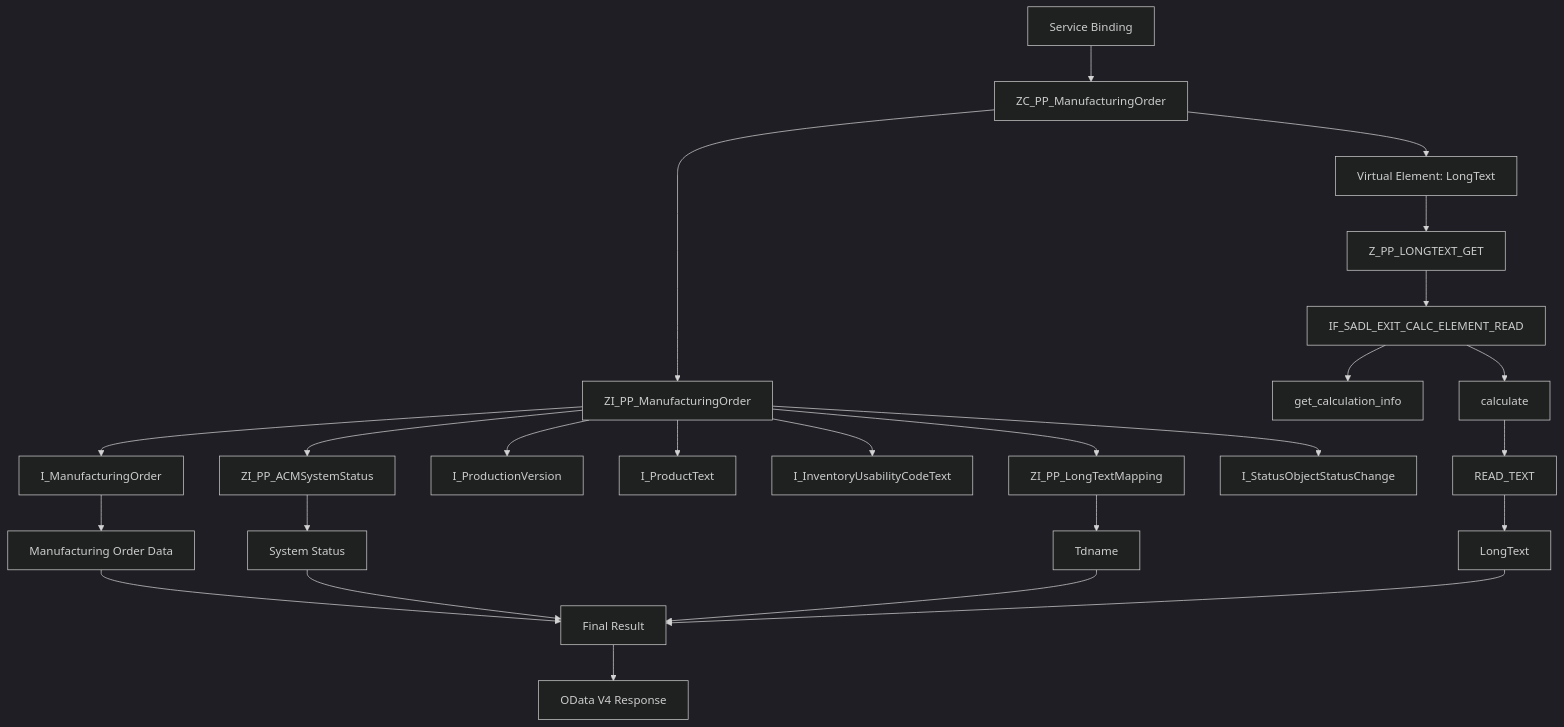
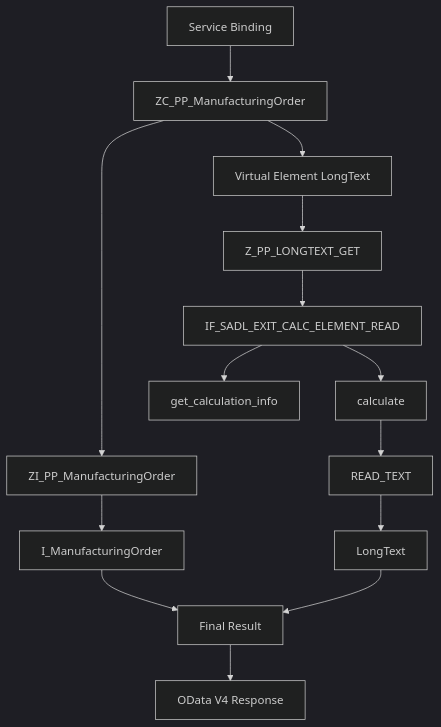
One commit to blackif/demo changed the diagram in sap/abap/rap/demo1/README.md. Above: the diagram before and after it, drawn with Mermaid (dark theme). The commit also changed other lines of this file, not shown here.

````diff
--- a/sap/abap/rap/demo1/README.md
+++ b/sap/abap/rap/demo1/README.md
@@ -42,31 +24,16 @@
 ```mermaid
 flowchart TD
     A[Service Binding] --> B[ZC_PP_ManufacturingOrder]
     B --> C[ZI_PP_ManufacturingOrder]
-
     C --> D[I_ManufacturingOrder]
-    C --> E[ZI_PP_ACMSystemStatus]
-    C --> F[I_ProductionVersion]
-    C --> G[I_ProductText]
-    C --> H[I_InventoryUsabilityCodeText]
-    C --> I[ZI_PP_LongTextMapping]
-    C --> J[I_StatusObjectStatusChange]
-
-    B --> K[Virtual Element: LongText]
-    K --> L[Z_PP_LONGTEXT_GET]
-    L --> M[IF_SADL_EXIT_CALC_ELEMENT_READ]
-    M --> N[get_calculation_info]
-    M --> O[calculate]
-    O --> P[READ_TEXT]
-    P --> Q[LongText]
-
-    D --> R[Manufacturing Order Data]
-    E --> S[System Status]
-    I --> T[Tdname]
-    R --> U[Final Result]
-    S --> U
-    T --> U
-    Q --> U
-
-    U --> V[OData V4 Response]
+    B --> E[Virtual Element LongText]
+    E --> F[Z_PP_LONGTEXT_GET]
+    F --> G[IF_SADL_EXIT_CALC_ELEMENT_READ]
+    G --> H[get_calculation_info]
+    G --> I[calculate]
+    I --> J[READ_TEXT]
+    J --> K[LongText]
+    D --> L[Final Result]
+    K --> L
+    L --> M[OData V4 Response]
 ```
````
